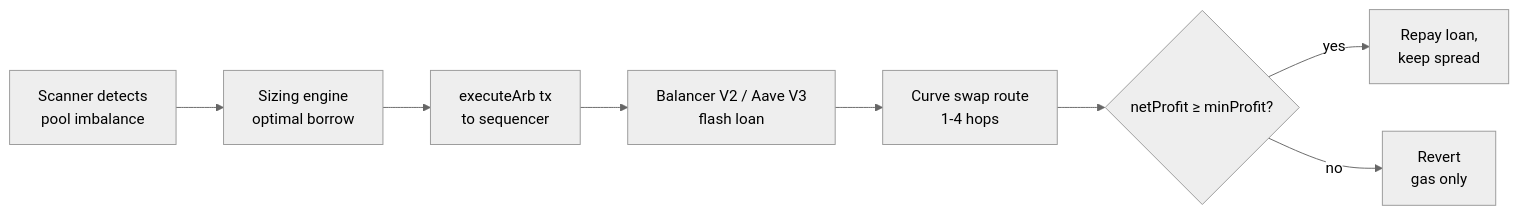
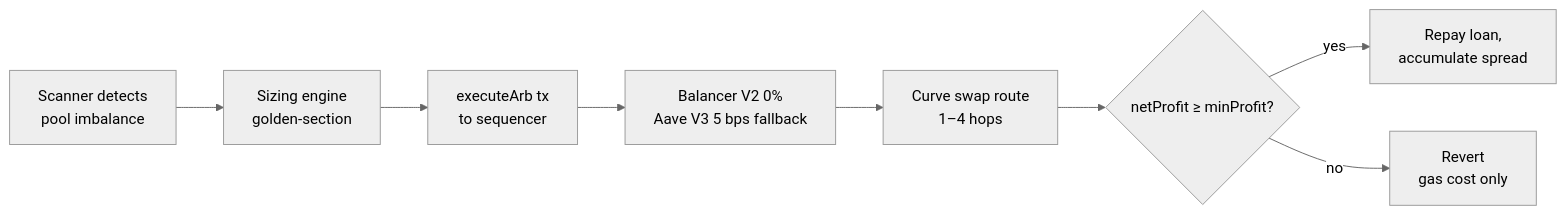
The diagram in README.md (Xtley001/kingfisher), drawn with Mermaid (neutral theme) before and after one commit. The commit also changed other lines of this file and 8 other files, not shown here.

````diff
--- a/README.md
+++ b/README.md
@@ -22,10 +50,10 @@
 ```mermaid
 flowchart LR
-    A[Scanner detects<br/>pool imbalance] --> B[Sizing engine<br/>optimal borrow]
+    A[Scanner detects<br/>pool imbalance] --> B[Sizing engine<br/>golden-section]
     B --> C[executeArb tx<br/>to sequencer]
-    C --> D[Balancer V2 / Aave V3<br/>flash loan]
-    D --> E[Curve swap route<br/>1-4 hops]
+    C --> D[Balancer V2 0%<br/>Aave V3 5 bps fallback]
+    D --> E[Curve swap route<br/>1–4 hops]
     E --> F{netProfit ≥ minProfit?}
-    F -->|yes| G[Repay loan,<br/>keep spread]
-    F -->|no| H[Revert<br/>gas only]
+    F -->|yes| G[Repay loan,<br/>accumulate spread]
+    F -->|no| H[Revert<br/>gas cost only]
 ```
````
